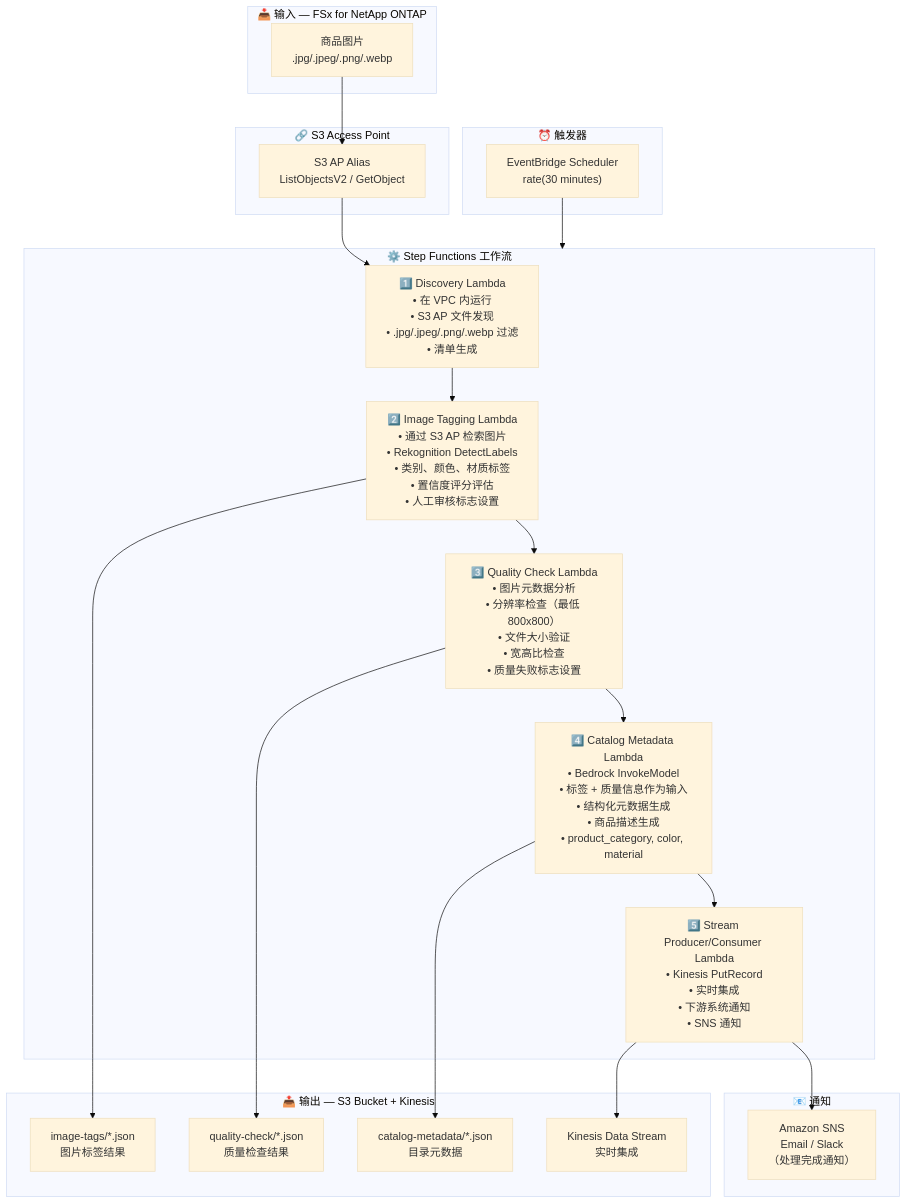
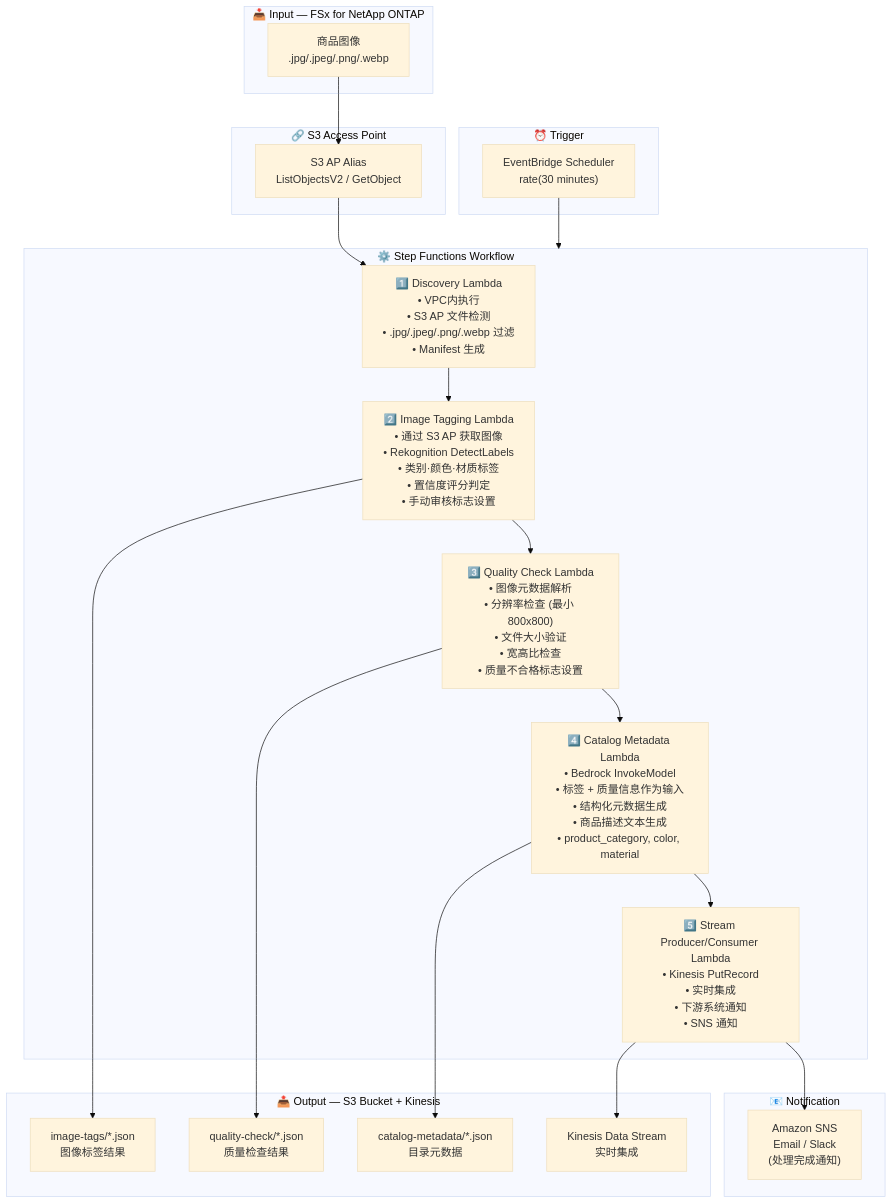
One commit to Yoshiki0705/FSx-for-ONTAP-S3AccessPoints-Serverless-Patterns changed the diagram in retail-catalog/docs/architecture.zh-CN.md. Above: the diagram before and after it, drawn with Mermaid (base theme). The commit also changed other lines of this file and 54 other files, not shown here.

````diff
--- a/retail-catalog/docs/architecture.zh-CN.md
+++ b/retail-catalog/docs/architecture.zh-CN.md
@@ -11,46 +13,46 @@
 ```mermaid
 flowchart TB
-    subgraph INPUT["📥 输入 — FSx for NetApp ONTAP"]
-        DATA["商品图片<br/>.jpg/.jpeg/.png/.webp"]
+    subgraph INPUT["📥 Input — FSx for NetApp ONTAP"]
+        DATA["商品图像<br/>.jpg/.jpeg/.png/.webp"]
     end
 
     subgraph S3AP["🔗 S3 Access Point"]
         ALIAS["S3 AP Alias<br/>ListObjectsV2 / GetObject"]
     end
 
-    subgraph TRIGGER["⏰ 触发器"]
+    subgraph TRIGGER["⏰ Trigger"]
         EB["EventBridge Scheduler<br/>rate(30 minutes)"]
     end
 
-    subgraph SFN["⚙️ Step Functions 工作流"]
-        DISC["1️⃣ Discovery Lambda<br/>• 在 VPC 内运行<br/>• S3 AP 文件发现<br/>• .jpg/.jpeg/.png/.webp 过滤<br/>• 清单生成"]
-        IT["2️⃣ Image Tagging Lambda<br/>• 通过 S3 AP 检索图片<br/>• Rekognition DetectLabels<br/>• 类别、颜色、材质标签<br/>• 置信度评分评估<br/>• 人工审核标志设置"]
-        QC["3️⃣ Quality Check Lambda<br/>• 图片元数据分析<br/>• 分辨率检查（最低 800x800）<br/>• 文件大小验证<br/>• 宽高比检查<br/>• 质量失败标志设置"]
-        CM["4️⃣ Catalog Metadata Lambda<br/>• Bedrock InvokeModel<br/>• 标签 + 质量信息作为输入<br/>• 结构化元数据生成<br/>• 商品描述生成<br/>• product_category, color, material"]
+    subgraph SFN["⚙️ Step Functions Workflow"]
+        DISC["1️⃣ Discovery Lambda<br/>• VPC内执行<br/>• S3 AP 文件检测<br/>• .jpg/.jpeg/.png/.webp 过滤<br/>• Manifest 生成"]
+        IT["2️⃣ Image Tagging Lambda<br/>• 通过 S3 AP 获取图像<br/>• Rekognition DetectLabels<br/>• 类别·颜色·材质标签<br/>• 置信度评分判定<br/>• 手动审核标志设置"]
+        QC["3️⃣ Quality Check Lambda<br/>• 图像元数据解析<br/>• 分辨率检查 (最小 800x800)<br/>• 文件大小验证<br/>• 宽高比检查<br/>• 质量不合格标志设置"]
+        CM["4️⃣ Catalog Metadata Lambda<br/>• Bedrock InvokeModel<br/>• 标签 + 质量信息作为输入<br/>• 结构化元数据生成<br/>• 商品描述文本生成<br/>• product_category, color, material"]
         SP["5️⃣ Stream Producer/Consumer Lambda<br/>• Kinesis PutRecord<br/>• 实时集成<br/>• 下游系统通知<br/>• SNS 通知"]
     end
 
-    subgraph OUTPUT["📤 输出 — S3 Bucket + Kinesis"]
-        TAGOUT["image-tags/*.json<br/>图片标签结果"]
+    subgraph OUTPUT["📤 Output — S3 Bucket + Kinesis"]
+        TAGOUT["image-tags/*.json<br/>图像标签结果"]
         QCOUT["quality-check/*.json<br/>质量检查结果"]
         CATOUT["catalog-metadata/*.json<br/>目录元数据"]
         KINESIS["Kinesis Data Stream<br/>实时集成"]
     end
 
-    subgraph NOTIFY["📧 通知"]
-        SNS["Amazon SNS<br/>Email / Slack<br/>（处理完成通知）"]
+    subgraph NOTIFY["📧 Notification"]
+        SNS["Amazon SNS<br/>Email / Slack<br/>(处理完成通知)"]
     end
 
     DATA --> ALIAS
     ALIAS --> DISC
     EB --> SFN
     DISC --> IT
     IT --> QC
     QC --> CM
     CM --> SP
     IT --> TAGOUT
     QC --> QCOUT
     CM --> CATOUT
     SP --> KINESIS
     SP --> SNS
 ```
````
